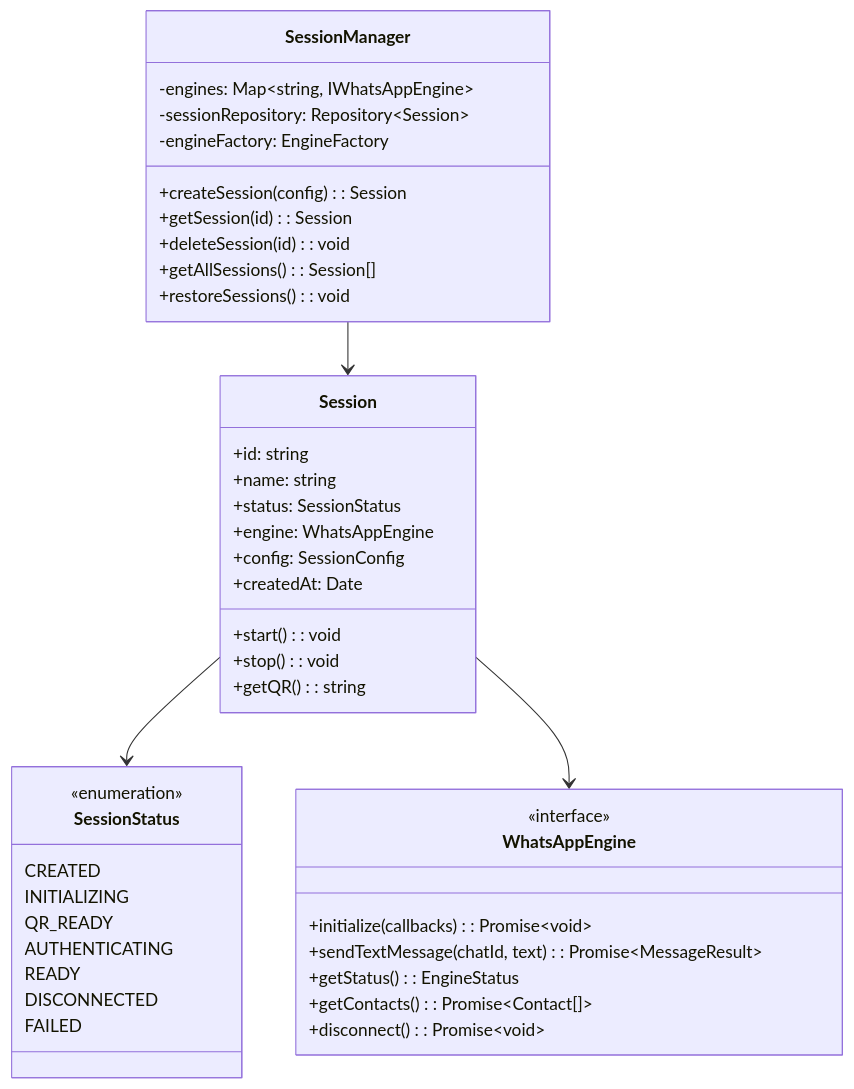
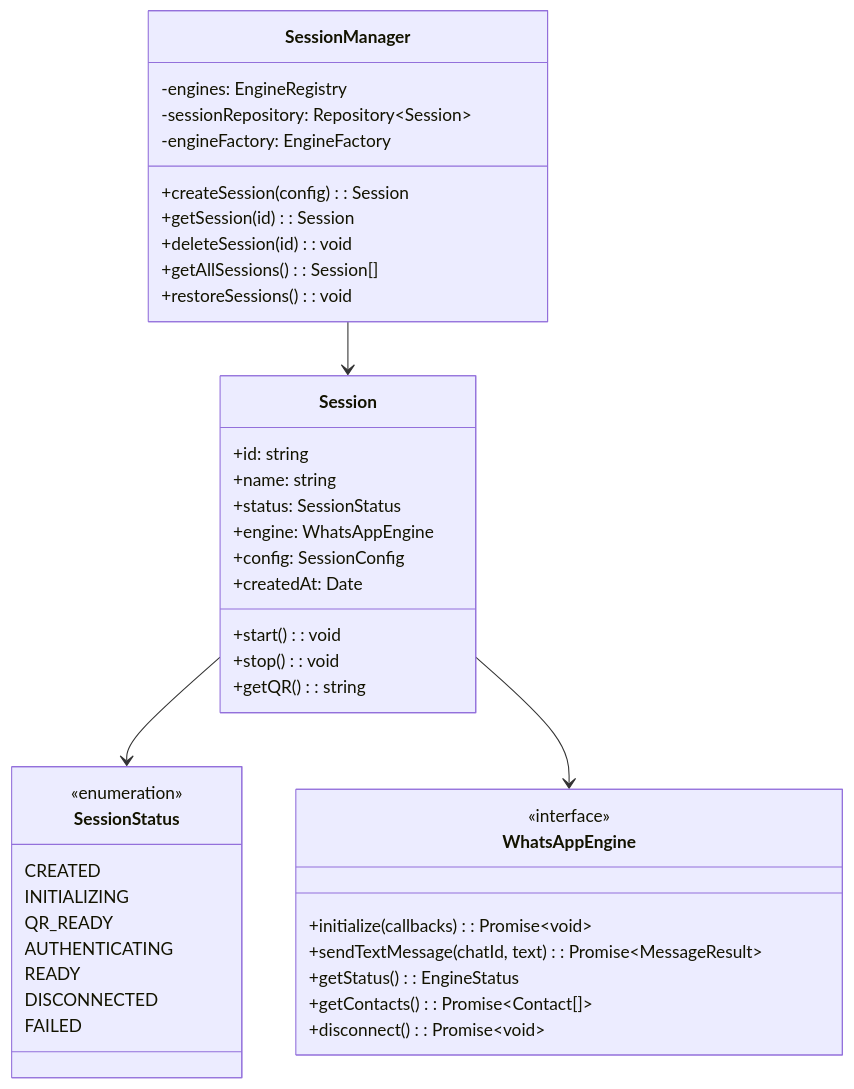
Before and after one commit to nourayman21k/OpenWA: the ninth of 24 diagrams in docs/03-system-architecture.md, drawn with Mermaid. The commit also changed other lines of this file and 4 other files, not shown here.

First line of the commit message:
docs(architecture): record the engine port, and extend the controller guard

````diff
--- a/docs/03-system-architecture.md
+++ b/docs/03-system-architecture.md
@@ -443,49 +445,49 @@
 ```mermaid
 classDiagram
     class SessionManager {
-        -engines: Map~string, IWhatsAppEngine~
+        -engines: EngineRegistry
         -sessionRepository: Repository~Session~
         -engineFactory: EngineFactory
         +createSession(config): Session
         +getSession(id): Session
         +deleteSession(id): void
         +getAllSessions(): Session[]
         +restoreSessions(): void
     }
     
     class Session {
         +id: string
         +name: string
         +status: SessionStatus
         +engine: WhatsAppEngine
         +config: SessionConfig
         +createdAt: Date
         +start(): void
         +stop(): void
         +getQR(): string
     }
     
     class SessionStatus {
         <<enumeration>>
         CREATED
         INITIALIZING
         QR_READY
         AUTHENTICATING
         READY
         DISCONNECTED
         FAILED
     }
     
     class WhatsAppEngine {
         <<interface>>
         +initialize(callbacks): Promise~void~
         +sendTextMessage(chatId, text): Promise~MessageResult~
         +getStatus(): EngineStatus
         +getContacts(): Promise~Contact[]~
         +disconnect(): Promise~void~
     }
     
     SessionManager --> Session
     Session --> SessionStatus
     Session --> WhatsAppEngine
 ```
````
